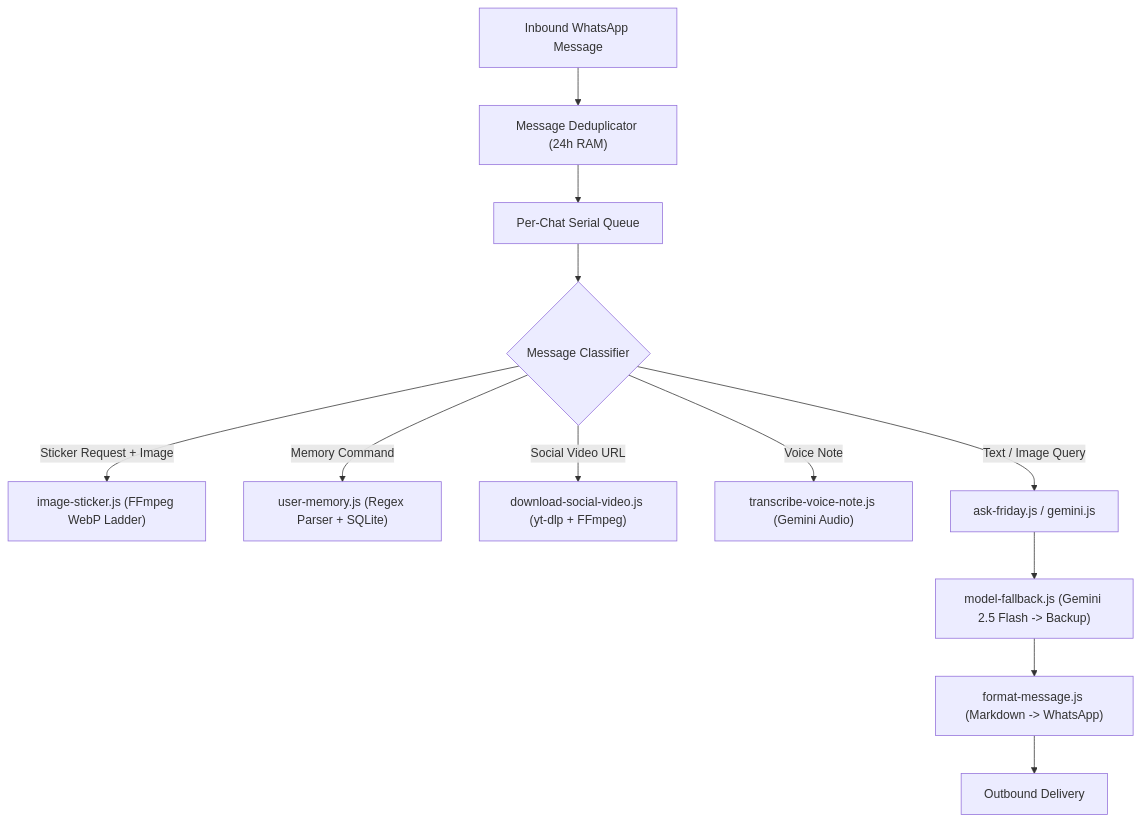
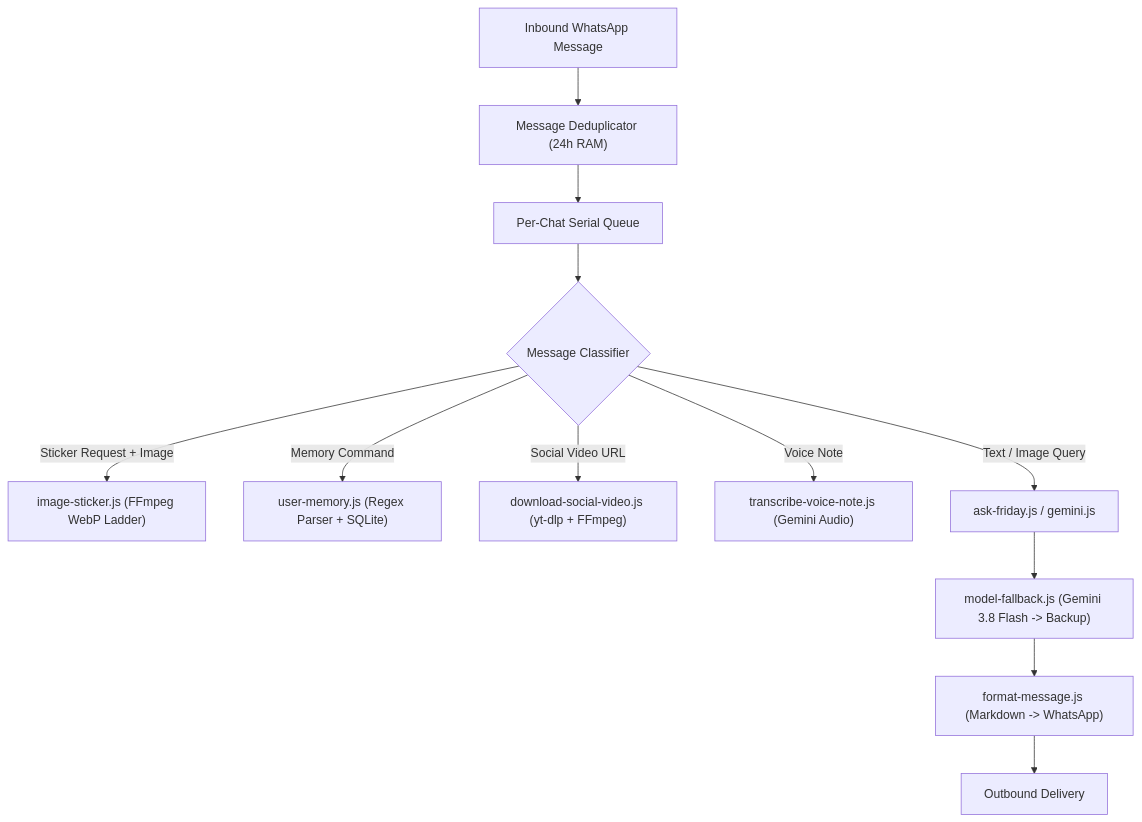
One commit to imMamdouhaboammar/whatsapp-agent changed the diagram in replica/recon.md. Above: the diagram before and after it, drawn with Mermaid. The commit also changed 85 other files, not shown here.

````diff
--- a/replica/recon.md
+++ b/replica/recon.md
@@ -28,14 +28,14 @@
 ```mermaid
 flowchart TD
     A["Inbound WhatsApp Message"] --> B["Message Deduplicator (24h RAM)"]
     B --> C["Per-Chat Serial Queue"]
     C --> D{"Message Classifier"}
     D -->|"Sticker Request + Image"| E["image-sticker.js (FFmpeg WebP Ladder)"]
     D -->|"Memory Command"| F["user-memory.js (Regex Parser + SQLite)"]
     D -->|"Social Video URL"| G["download-social-video.js (yt-dlp + FFmpeg)"]
     D -->|"Voice Note"| H["transcribe-voice-note.js (Gemini Audio)"]
     D -->|"Text / Image Query"| I["ask-friday.js / gemini.js"]
-    I --> J["model-fallback.js (Gemini 2.5 Flash -> Backup)"]
+    I --> J["model-fallback.js (Gemini 3.8 Flash -> Backup)"]
     J --> K["format-message.js (Markdown -> WhatsApp)"]
     K --> L["Outbound Delivery"]
 ```
````
